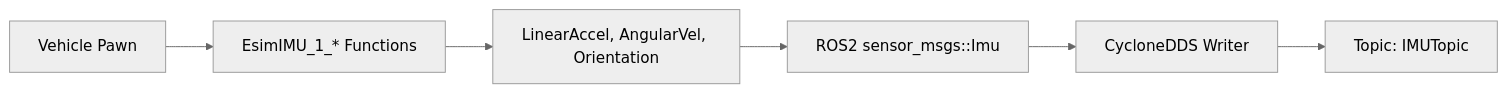
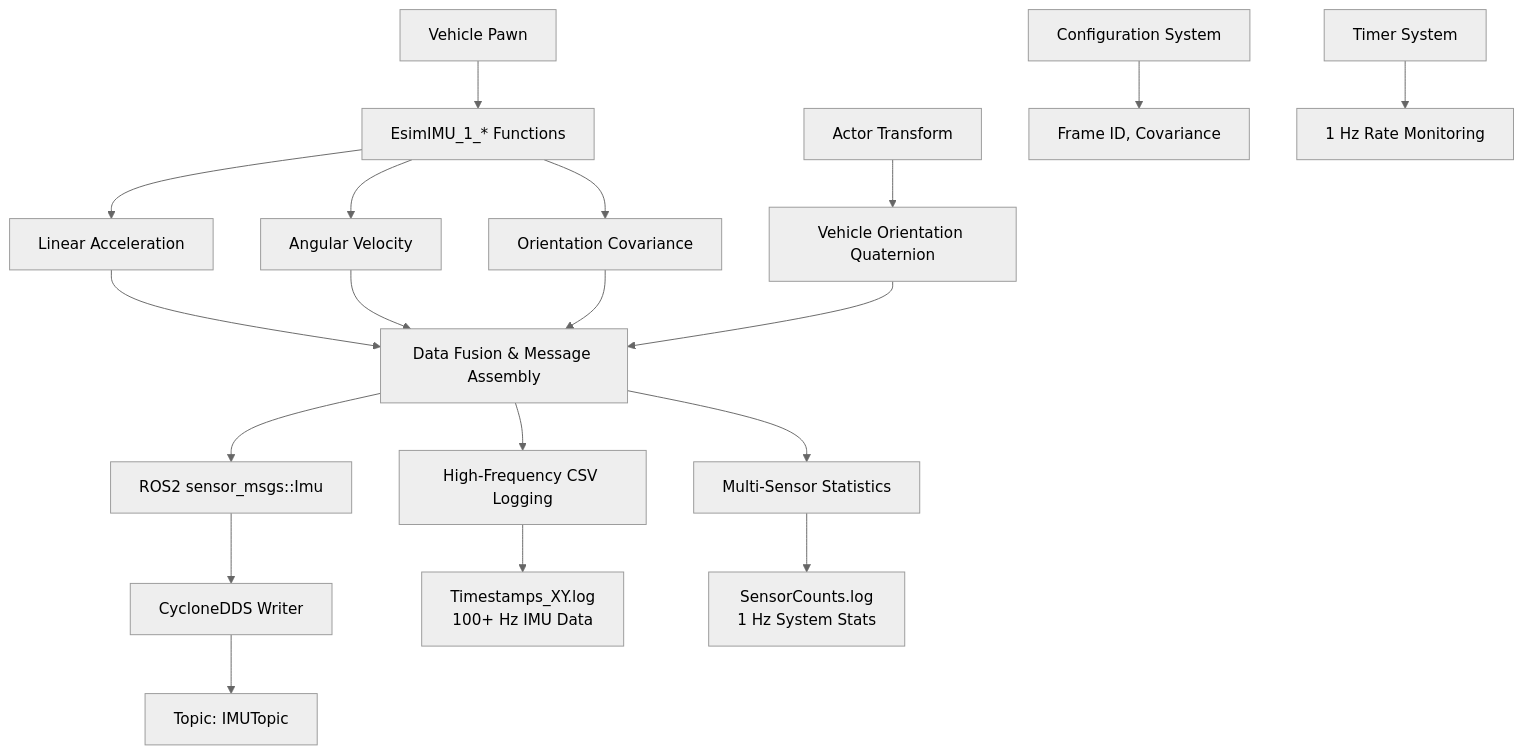
Before and after one commit to flodhest/Rust2ReactCLI: the third of 5 diagrams in README.md, drawn with Mermaid (neutral theme). The commit also changed other lines of this file, not shown here.

````diff
--- a/README.md
+++ b/README.md
@@ -151,8 +151,26 @@
 ```mermaid
-flowchart LR
+flowchart TD
     A[Vehicle Pawn] --> B[EsimIMU_1_* Functions]
-    B --> C[LinearAccel, AngularVel, Orientation]
-    C --> D[ROS2 sensor_msgs::Imu]
-    D --> E[CycloneDDS Writer]
-    E --> F[Topic: IMUTopic]
+    B --> C[Linear Acceleration]
+    B --> D[Angular Velocity] 
+    B --> E[Orientation Covariance]
+    F[Actor Transform] --> G[Vehicle Orientation Quaternion]
+    
+    C --> H[Data Fusion & Message Assembly]
+    D --> H
+    E --> H
+    G --> H
+    
+    H --> I[ROS2 sensor_msgs::Imu]
+    I --> J[CycloneDDS Writer]
+    J --> K[Topic: IMUTopic]
+    
+    H --> L[High-Frequency CSV Logging]
+    H --> M[Multi-Sensor Statistics]
+    
+    L --> N[Timestamps_XY.log<br/>100+ Hz IMU Data]
+    M --> O[SensorCounts.log<br/>1 Hz System Stats]
+    
+    P[Configuration System] --> Q[Frame ID, Covariance]
+    R[Timer System] --> S[1 Hz Rate Monitoring]
 ```
````
